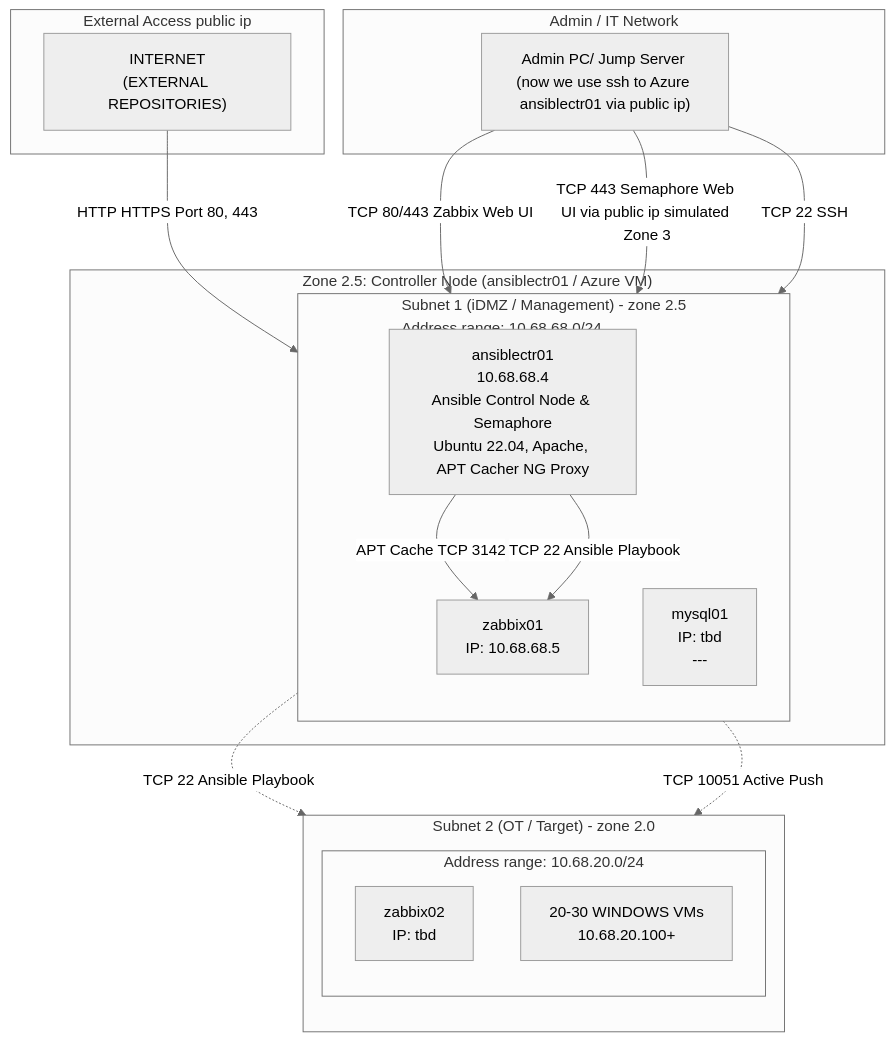
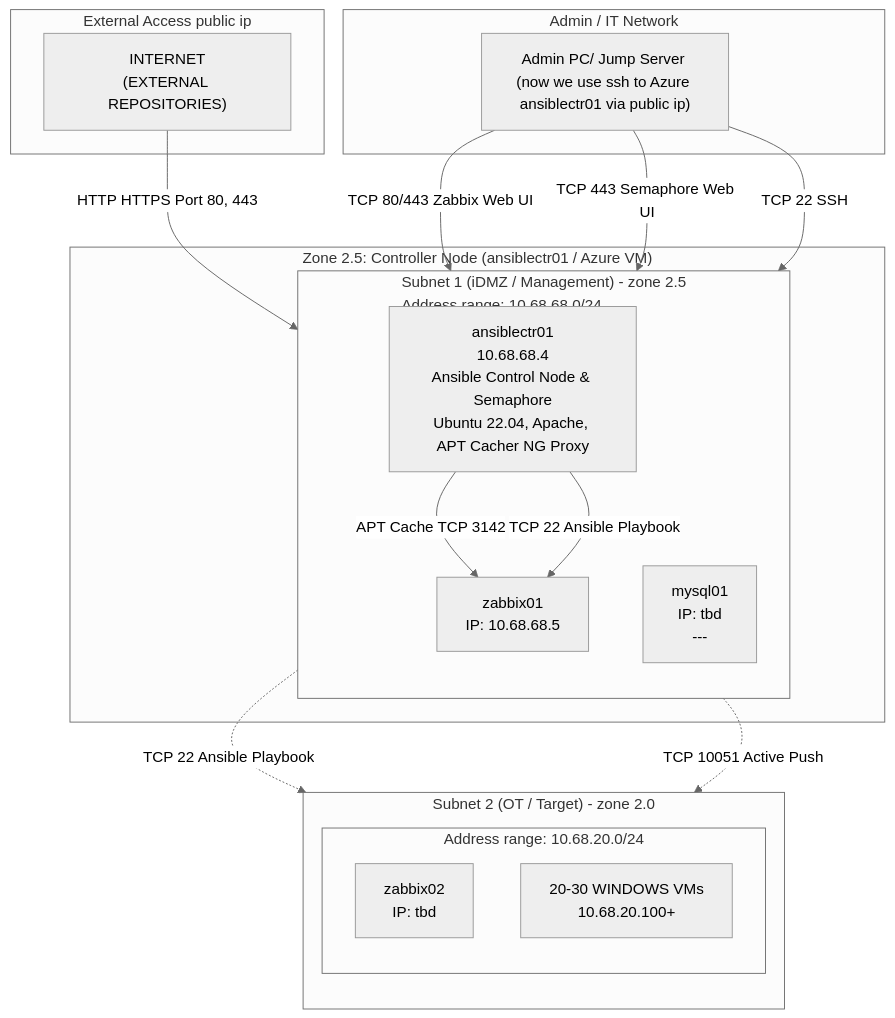
The diagram in run_research_2_azure_zabbix_stack_extra_with_windows_vms/readme.md (spawnmarvel/kvm-lab), drawn with Mermaid (neutral theme) before and after one commit.

Commit message:
start ansible

````diff
--- a/run_research_2_azure_zabbix_stack_extra_with_windows_vms/readme.md
+++ b/run_research_2_azure_zabbix_stack_extra_with_windows_vms/readme.md
@@ -926,39 +926,39 @@
 ```mermaid
 graph TD
     subgraph Zone1 ["External Access public ip"]
         Internet["INTERNET<br/>(EXTERNAL REPOSITORIES)"]
     end
 
     subgraph Zone2 ["Zone 2.5: Controller Node (ansiblectr01 / Azure VM)"]
         subgraph Subnet1 ["Subnet 1 (iDMZ / Management) - zone 2.5<br/>Address range: 10.68.68.0/24"]
             direction TB
             ansiblectr01["ansiblectr01<br/>10.68.68.4<br/>Ansible Control Node & Semaphore<br/>Ubuntu 22.04, Apache, APT Cacher NG Proxy"]
             zabbix01["zabbix01<br/>IP: 10.68.68.5"]
             mysql01["mysql01<br/>IP: tbd<br/>---"]
         end
     end
 
     subgraph Zone2OT ["Subnet 2 (OT / Target) - zone 2.0"]
         direction TB
         subgraph Subnet2 ["Address range: 10.68.20.0/24"]
             zabbix02["zabbix02<br/>IP: tbd"]
             winVMs["20-30 WINDOWS VMs<br/>10.68.20.100+"]
         end
     end
 
     subgraph AdminNet ["Admin / IT Network"]
         AdminPC["Admin PC/ Jump Server (now we use ssh to Azure ansiblectr01 via public ip)"]
     end
 
     Internet -->|HTTP HTTPS Port 80, 443| ansiblectr01
     AdminPC -->|TCP 80/443 Zabbix Web UI| zabbix01
-    AdminPC -->|TCP 443 Semaphore Web UI via public ip simulated Zone 3 | ansiblectr01
+    AdminPC -->|TCP 443 Semaphore Web UI| ansiblectr01
     AdminPC -->|TCP 22 SSH| ansiblectr01
     
     ansiblectr01 -->|APT Cache TCP 3142| zabbix01
     ansiblectr01 -->|TCP 22 Ansible Playbook| zabbix01
     
     ansiblectr01 -.->|TCP 22 Ansible Playbook| zabbix02
     zabbix01 -.->|TCP 10051 Active Push| zabbix02
 
 ```
````
